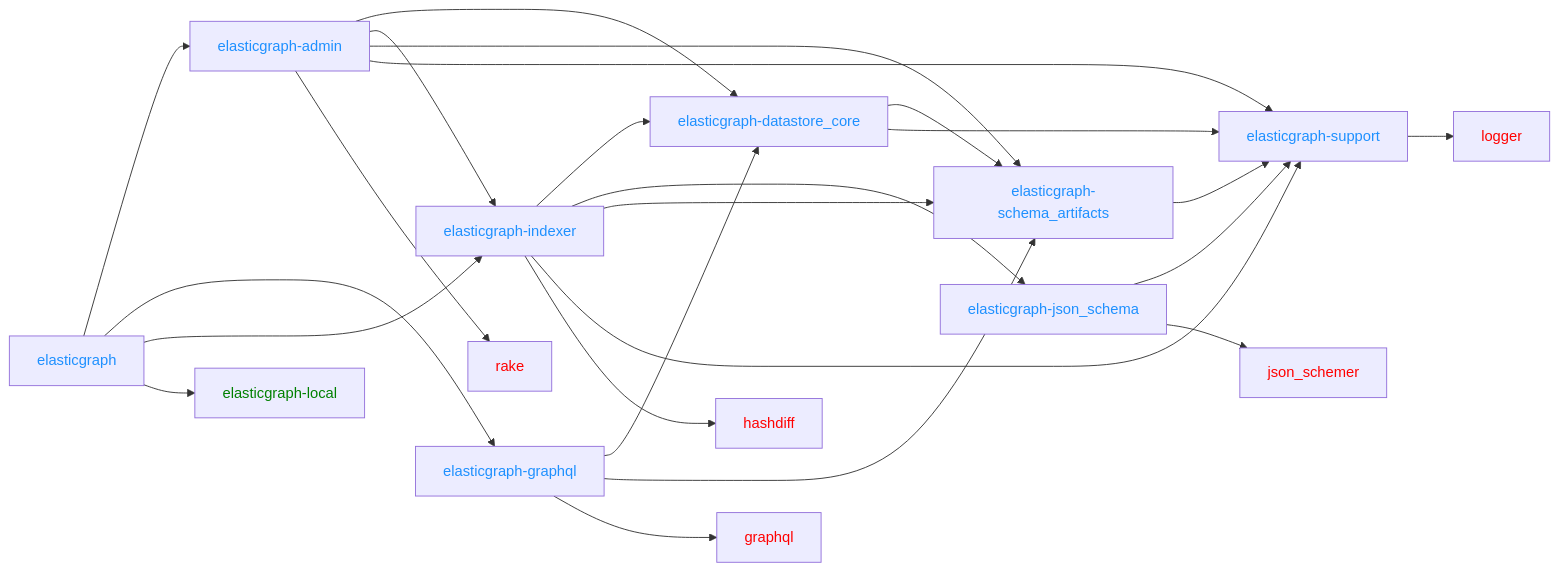
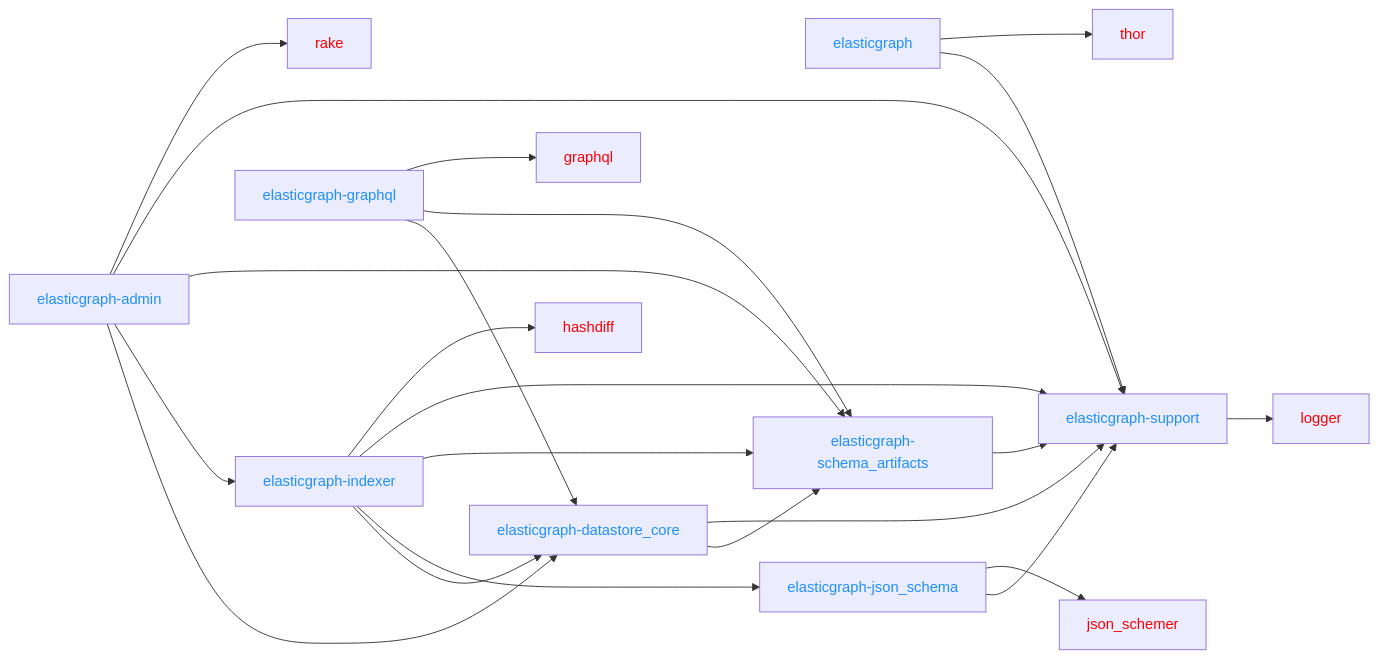
The first of 5 diagrams in CODEBASE_OVERVIEW.md (block/elasticgraph), drawn with Mermaid before and after one commit. The commit also changed other lines of this file and 44 other files, not shown here.

````diff
--- a/CODEBASE_OVERVIEW.md
+++ b/CODEBASE_OVERVIEW.md
@@ -22,30 +22,31 @@
 ```mermaid
 graph LR;
-    elasticgraph --> elasticgraph-admin & elasticgraph-graphql & elasticgraph-indexer & elasticgraph-local
+    elasticgraph --> elasticgraph-support & thor
     elasticgraph-admin --> elasticgraph-datastore_core & elasticgraph-indexer & elasticgraph-schema_artifacts & elasticgraph-support & rake
     elasticgraph-datastore_core --> elasticgraph-schema_artifacts & elasticgraph-support
     elasticgraph-graphql --> elasticgraph-datastore_core & elasticgraph-schema_artifacts & graphql
     elasticgraph-indexer --> elasticgraph-datastore_core & elasticgraph-json_schema & elasticgraph-schema_artifacts & elasticgraph-support & hashdiff
     elasticgraph-json_schema --> elasticgraph-support & json_schemer
     elasticgraph-schema_artifacts --> elasticgraph-support
     elasticgraph-support --> logger
     style elasticgraph color: DodgerBlue;
     style elasticgraph-admin color: DodgerBlue;
     style elasticgraph-datastore_core color: DodgerBlue;
     style elasticgraph-graphql color: DodgerBlue;
     style elasticgraph-indexer color: DodgerBlue;
     style elasticgraph-json_schema color: DodgerBlue;
     style elasticgraph-schema_artifacts color: DodgerBlue;
     style elasticgraph-support color: DodgerBlue;
-    style elasticgraph-local color: Green;
+    style thor color: Red;
     style rake color: Red;
     style graphql color: Red;
     style hashdiff color: Red;
     style json_schemer color: Red;
     style logger color: Red;
 click graphql href "https://rubygems.org/gems/graphql"
 click hashdiff href "https://rubygems.org/gems/hashdiff"
 click json_schemer href "https://rubygems.org/gems/json_schemer"
 click logger href "https://rubygems.org/gems/logger"
 click rake href "https://rubygems.org/gems/rake"
+click thor href "https://rubygems.org/gems/thor"
 ```
````
